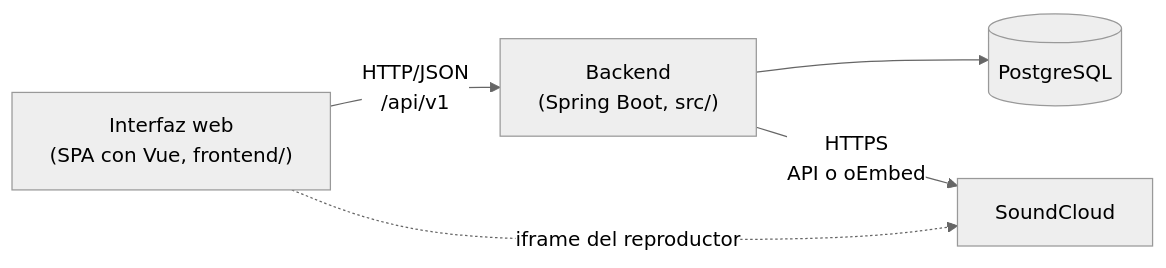
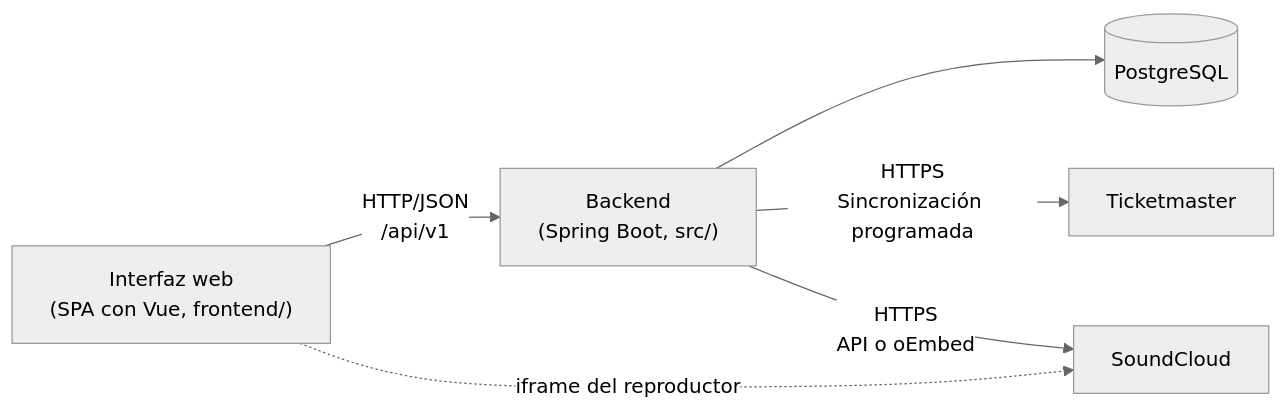
Before and after one commit to SE-7003-2027/memelomanos-finder-de-conciertos: the first of 3 diagrams in docs/arquitectura.md, drawn with Mermaid (neutral theme). The commit also changed other lines of this file, not shown here.

````diff
--- a/docs/arquitectura.md
+++ b/docs/arquitectura.md
@@ -12,7 +12,8 @@
 ```mermaid
 flowchart LR
     UI["Interfaz web<br/>(SPA con Vue, frontend/)"] -- "HTTP/JSON<br/>/api/v1" --> API["Backend<br/>(Spring Boot, src/)"]
     API --> DB[("PostgreSQL")]
+    API -- "HTTPS<br/>Sincronización programada" --> TM["Ticketmaster"]
     API -- "HTTPS<br/>API o oEmbed" --> SC["SoundCloud"]
     UI -. "iframe del reproductor" .-> SC
 ```
````
